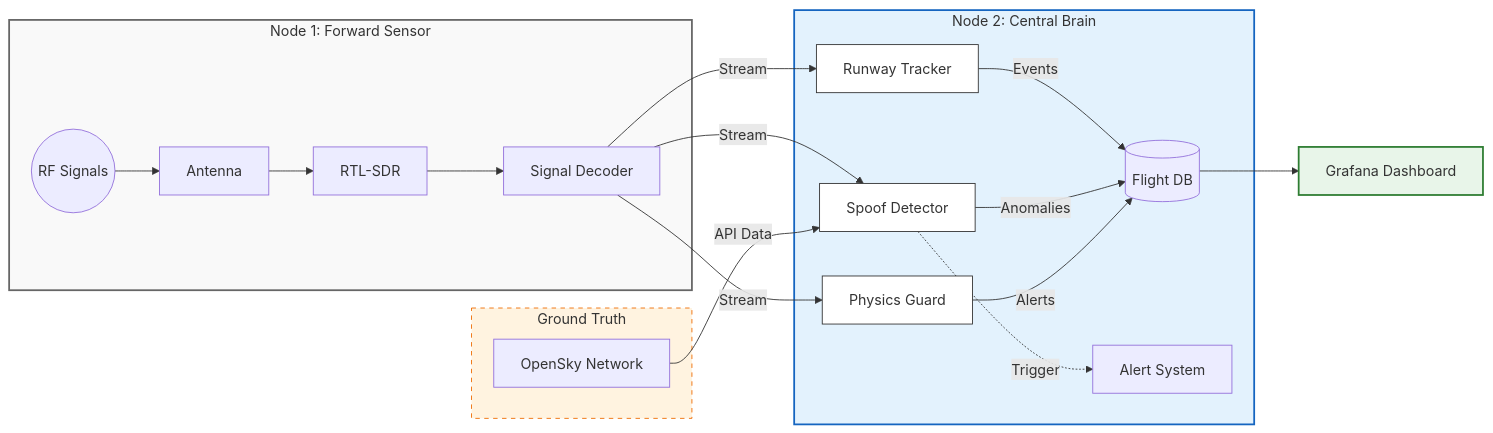
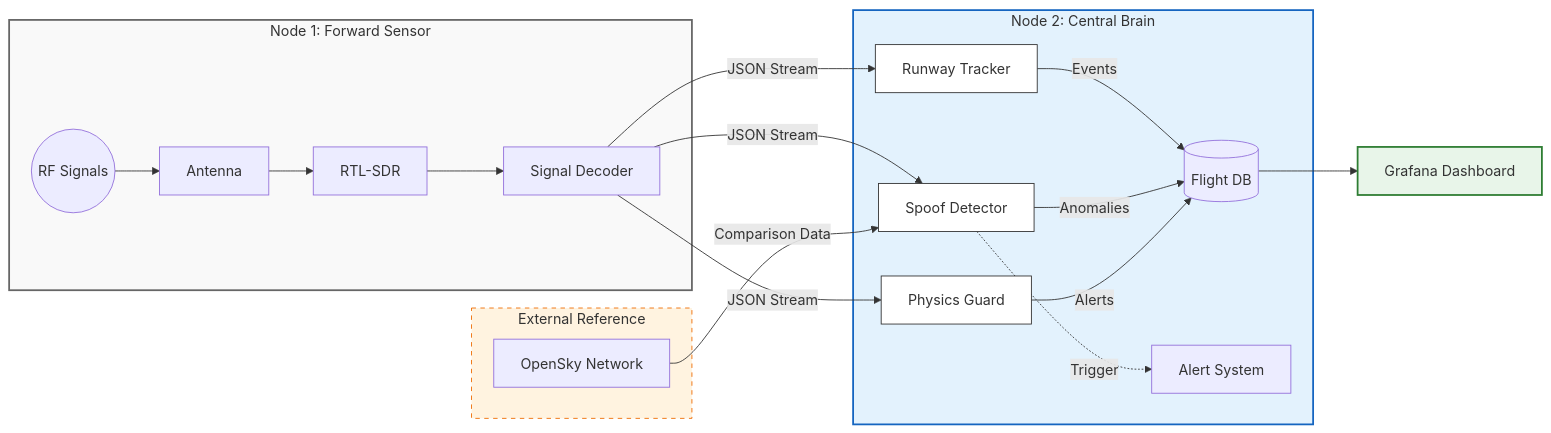
Before and after one commit to rwiren/central-brain: the diagram in README.md, drawn with Mermaid. The commit also changed other lines of this file, not shown here.

Commit message:
Docs: Renamed 'Ground Truth' to 'Reference' and added feeder stats

````diff
--- a/README.md
+++ b/README.md
@@ -35,40 +35,40 @@
 ```mermaid
 graph LR
     %% 1. Sensing Layer (RPi 4)
     subgraph SENSOR [Node 1: Forward Sensor]
         AIR((RF Signals)) --> ANT[Antenna]
         ANT --> SDR[RTL-SDR]
         SDR --> READSB[Signal Decoder]
     end
 
     %% 2. Intelligence Layer (RPi 5)
     subgraph BRAIN [Node 2: Central Brain]
-        READSB -->|Stream| TRACKER[Runway Tracker]
-        READSB -->|Stream| SPOOF[Spoof Detector]
-        READSB -->|Stream| GUARD[Physics Guard]
+        READSB -->|JSON Stream| TRACKER[Runway Tracker]
+        READSB -->|JSON Stream| SPOOF[Spoof Detector]
+        READSB -->|JSON Stream| GUARD[Physics Guard]
         
         TRACKER -->|Events| DB[(Flight DB)]
         SPOOF -->|Anomalies| DB
         GUARD -->|Alerts| DB
         
         SPOOF -.->|Trigger| ALERT[Alert System]
     end
 
     %% 3. Validation Layer (Cloud)
-    subgraph CLOUD [Ground Truth]
+    subgraph CLOUD [External Reference]
         OPENSKY[OpenSky Network]
     end
 
     %% 4. Viz Layer
-    OPENSKY -->|API Data| SPOOF
+    OPENSKY -->|Comparison Data| SPOOF
     DB --> DASH[Grafana Dashboard]
 
     %% Styling
     style SENSOR fill:#f9f9f9,stroke:#666,stroke-width:2px
     style BRAIN fill:#e3f2fd,stroke:#1565c0,stroke-width:2px
     style CLOUD fill:#fff3e0,stroke:#ef6c00,stroke-dasharray: 5 5
     style DASH fill:#e8f5e9,stroke:#2e7d32,stroke-width:2px
     style TRACKER fill:#fff,stroke:#333
     style SPOOF fill:#fff,stroke:#333
     style GUARD fill:#fff,stroke:#333
 ```
````
